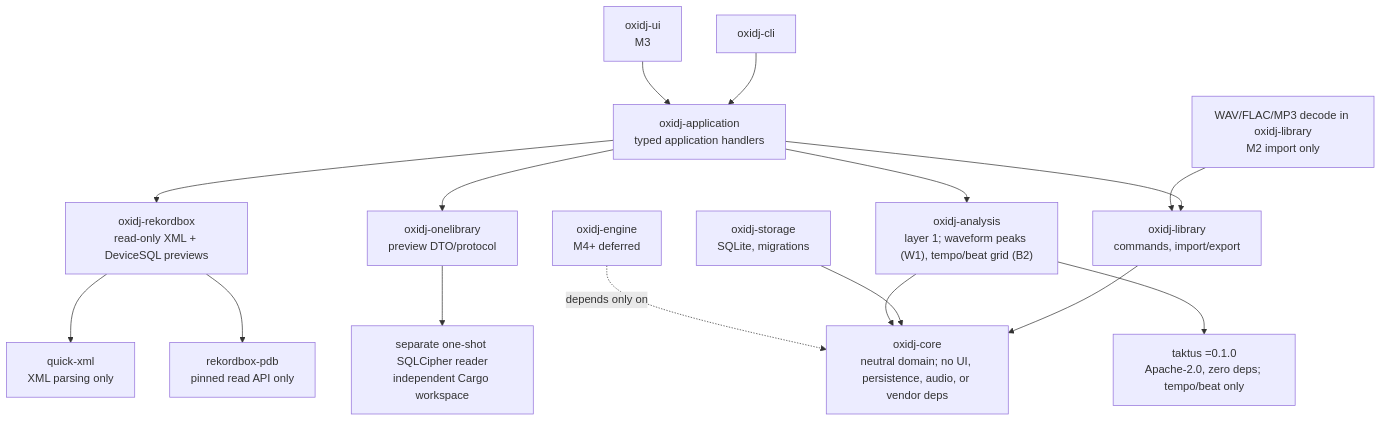
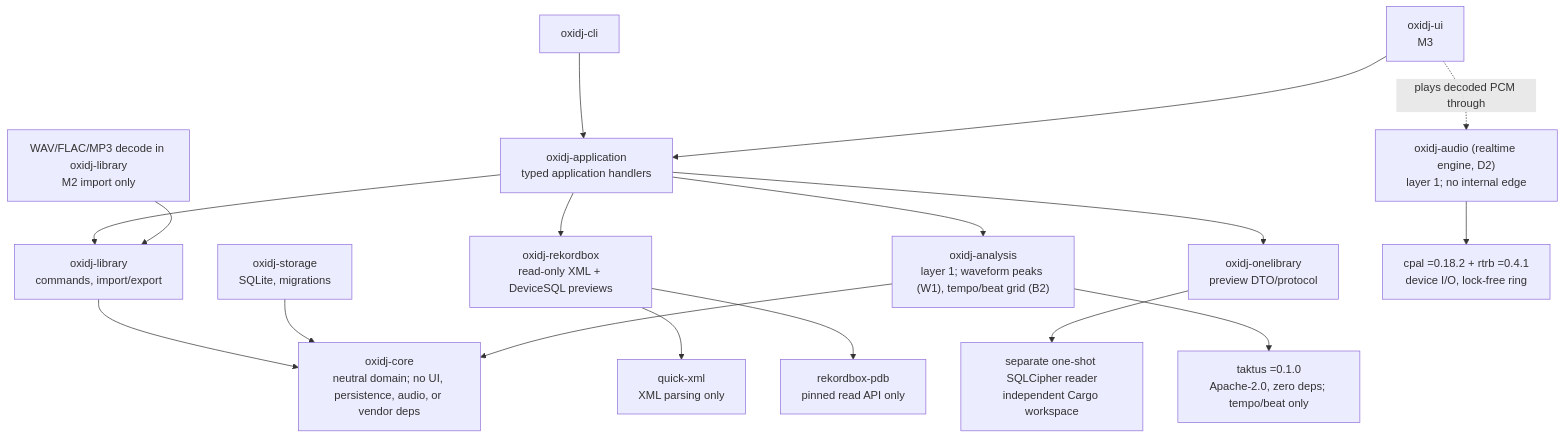
Before and after one commit to Senci/oxidj: the diagram in docs/adr/004-crate-boundaries.md, drawn with Mermaid. The commit also changed other lines of this file and 24 other files, not shown here.

First line of the commit message:
feat(audio): M8 D2 oxidj-audio crate (CPAL) and live deck transport (WIP)

````diff
--- a/docs/adr/004-crate-boundaries.md
+++ b/docs/adr/004-crate-boundaries.md
@@ -27,18 +27,19 @@
 ```mermaid
 flowchart TB
     cli["oxidj-cli"] --> app["oxidj-application<br/>typed application handlers"]
     ui["oxidj-ui<br/>M3"] --> app
     app --> library["oxidj-library<br/>commands, import/export"]
     app --> adapters["oxidj-rekordbox<br/>read-only XML + DeviceSQL previews"]
     app --> onelibrary["oxidj-onelibrary<br/>preview DTO/protocol"]
     app --> analysis
     onelibrary --> reader["separate one-shot SQLCipher reader<br/>independent Cargo workspace"]
     library --> core["oxidj-core<br/>neutral domain; no UI, persistence, audio, or vendor deps"]
     adapters --> xml["quick-xml<br/>XML parsing only"]
     adapters --> pdb["rekordbox-pdb<br/>pinned read API only"]
     storage["oxidj-storage<br/>SQLite, migrations"] --> core
     analysis["oxidj-analysis<br/>layer 1; waveform peaks (W1), tempo/beat grid (B2)"] --> core
     analysis --> taktus["taktus =0.1.0<br/>Apache-2.0, zero deps; tempo/beat only"]
     audio["WAV/FLAC/MP3 decode in oxidj-library<br/>M2 import only"] --> library
-    engine["oxidj-engine<br/>M4+ deferred"] -. "depends only on" .-> core
+    engine["oxidj-audio (realtime engine, D2)<br/>layer 1; no internal edge"] --> cpal["cpal =0.18.2 + rtrb =0.4.1<br/>device I/O, lock-free ring"]
+    ui -. "plays decoded PCM through" .-> engine
 ```
````
